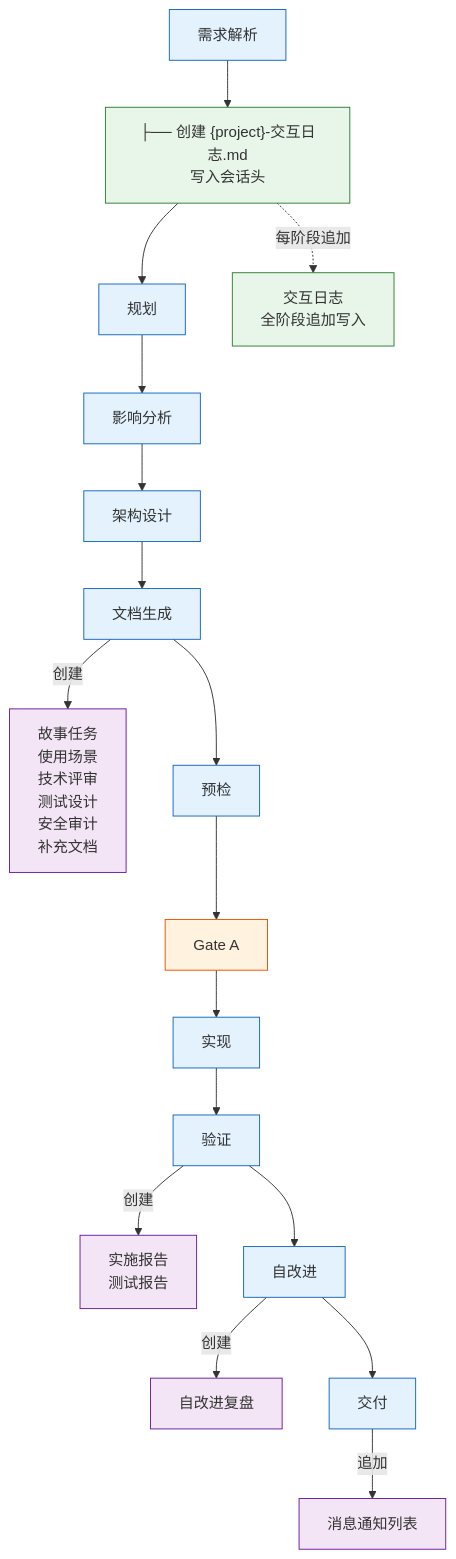
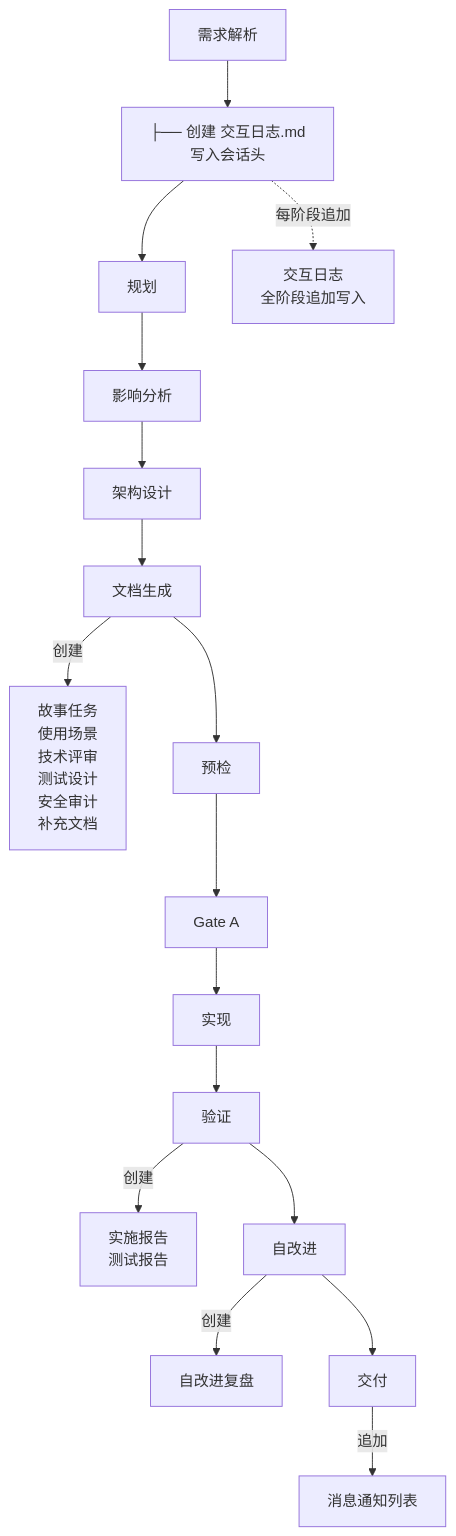
One commit to effiy/YrY changed the second of 5 diagrams in skills/rui/coder.md. Above: the diagram before and after it, drawn with Mermaid. The commit also changed other lines of this file and 61 other files, not shown here.

````diff
--- a/skills/rui/coder.md
+++ b/skills/rui/coder.md
@@ -73,24 +70,20 @@
 ```mermaid
 flowchart TB
-    A["需求解析"]:::phase --> A1["├── 创建 {project}-交互日志.md<br/>写入会话头"]:::log
+    A["需求解析"]:::phase --> A1["├── 创建 交互日志.md<br/>写入会话头"]:::log
     A1 --> B["规划"]:::phase
     B --> C["影响分析"]:::phase
     C --> D["架构设计"]:::phase
     D --> E["文档生成"]:::phase
     E -->|"创建"| E1["故事任务<br/>使用场景<br/>技术评审<br/>测试设计<br/>安全审计<br/>补充文档"]:::create
     E --> F["预检"]:::phase
     F --> G["Gate A"]:::gate
     G --> H["实现"]:::phase
     H --> I["验证"]:::phase
     I -->|"创建"| I1["实施报告<br/>测试报告"]:::create
     I --> J["自改进"]:::phase
     J -->|"创建"| J1["自改进复盘"]:::create
     J --> K["交付"]:::phase
     K -->|"追加"| K1["消息通知列表"]:::create
     A1 -.->|"每阶段追加"| A2["交互日志<br/>全阶段追加写入"]:::log
 
-    classDef phase fill:#e3f2fd,stroke:#1565c0;
-    classDef gate fill:#fff3e0,stroke:#e65100;
-    classDef create fill:#f3e5f5,stroke:#6a1b9a;
-    classDef log fill:#e8f5e9,stroke:#2e7d32;
 ```
````
